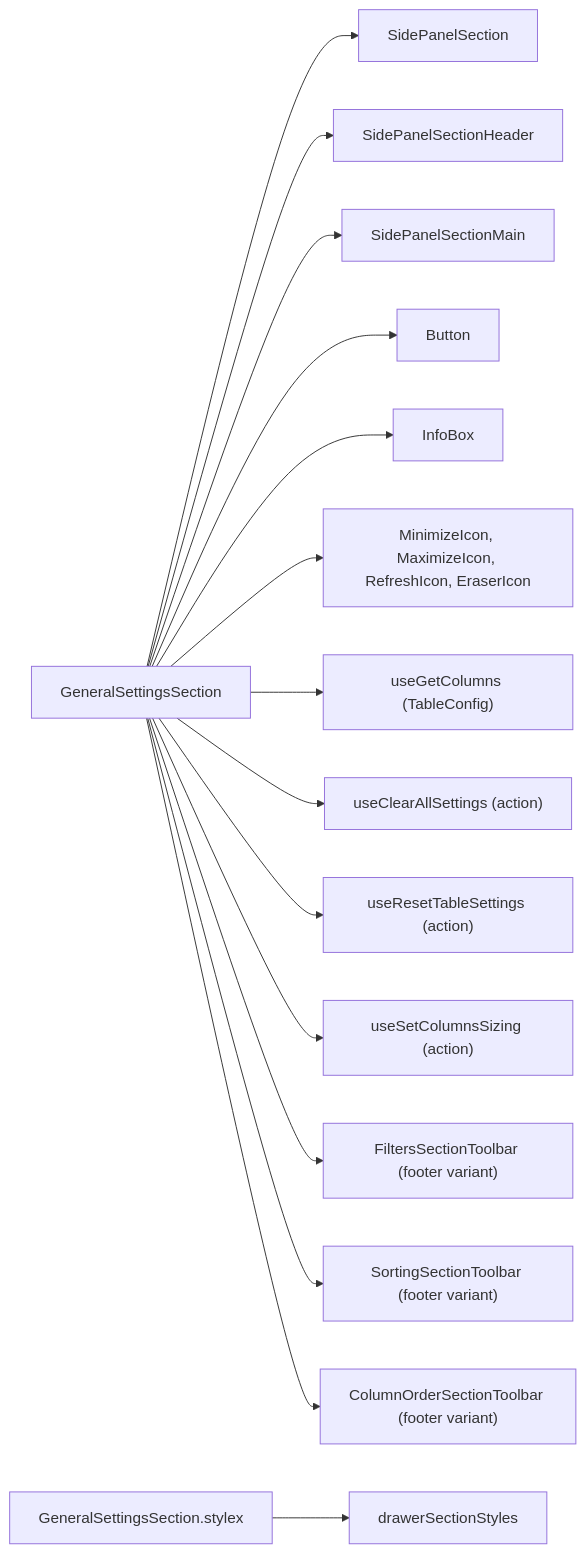
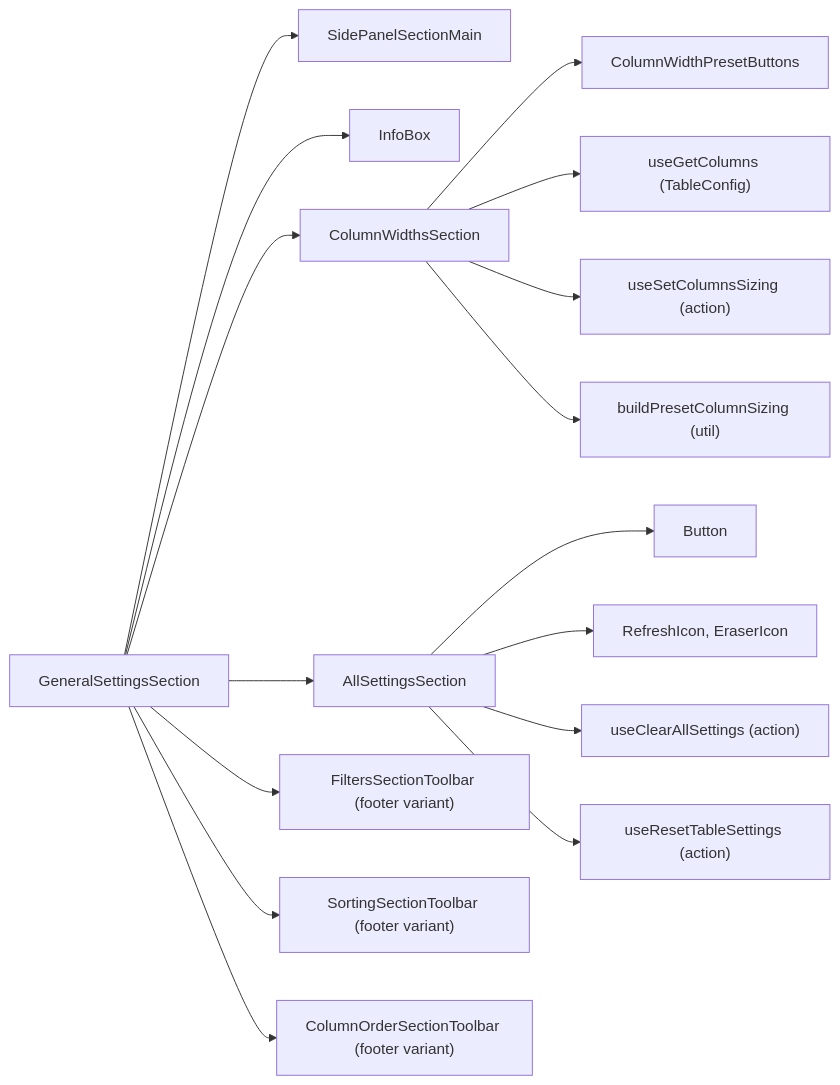
One commit to luciocabrera/lcabrera-stack changed the first of 3 diagrams in packages/ui/src/components/Table/TableSettingsDrawer/GeneralSettingsSection/ARCHITECTURE.md. Above: the diagram before and after it, drawn with Mermaid. The commit also changed other lines of this file and 13 other files, not shown here.

````diff
--- a/packages/ui/src/components/Table/TableSettingsDrawer/GeneralSettingsSection/ARCHITECTURE.md
+++ b/packages/ui/src/components/Table/TableSettingsDrawer/GeneralSettingsSection/ARCHITECTURE.md
@@ -18,20 +34,20 @@
 ```mermaid
 graph LR
-  GS["GeneralSettingsSection"] --> SidePanelSection
-  GS --> SidePanelSectionHeader
-  GS --> SidePanelSectionMain
-  GS --> Button
+  GS["GeneralSettingsSection"] --> SidePanelSectionMain
   GS --> InfoBox
-  GS --> Icons["MinimizeIcon, MaximizeIcon, RefreshIcon, EraserIcon"]
-
-  GS --> useGetColumns["useGetColumns (TableConfig)"]
-  GS --> useClearAllSettings["useClearAllSettings (action)"]
-  GS --> useResetTableSettings["useResetTableSettings (action)"]
-  GS --> useSetColumnsSizing["useSetColumnsSizing (action)"]
-
+  GS --> CWS["ColumnWidthsSection"]
+  GS --> ASS["AllSettingsSection"]
   GS --> FSToolbar["FiltersSectionToolbar (footer variant)"]
   GS --> SSToolbar["SortingSectionToolbar (footer variant)"]
   GS --> COSToolbar["ColumnOrderSectionToolbar (footer variant)"]
 
-  GS_stylex["GeneralSettingsSection.stylex"] --> drawerSectionStyles
+  CWS --> ColumnWidthPresetButtons
+  CWS --> useGetColumns["useGetColumns (TableConfig)"]
+  CWS --> useSetColumnsSizing["useSetColumnsSizing (action)"]
+  CWS --> buildPresetColumnSizing["buildPresetColumnSizing (util)"]
+
+  ASS --> Button
+  ASS --> Icons["RefreshIcon, EraserIcon"]
+  ASS --> useClearAllSettings["useClearAllSettings (action)"]
+  ASS --> useResetTableSettings["useResetTableSettings (action)"]
 ```
````
